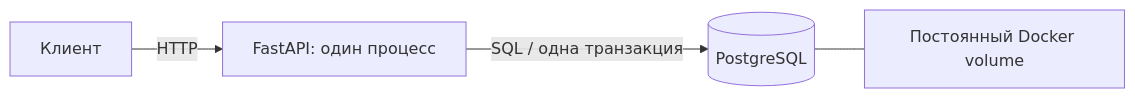
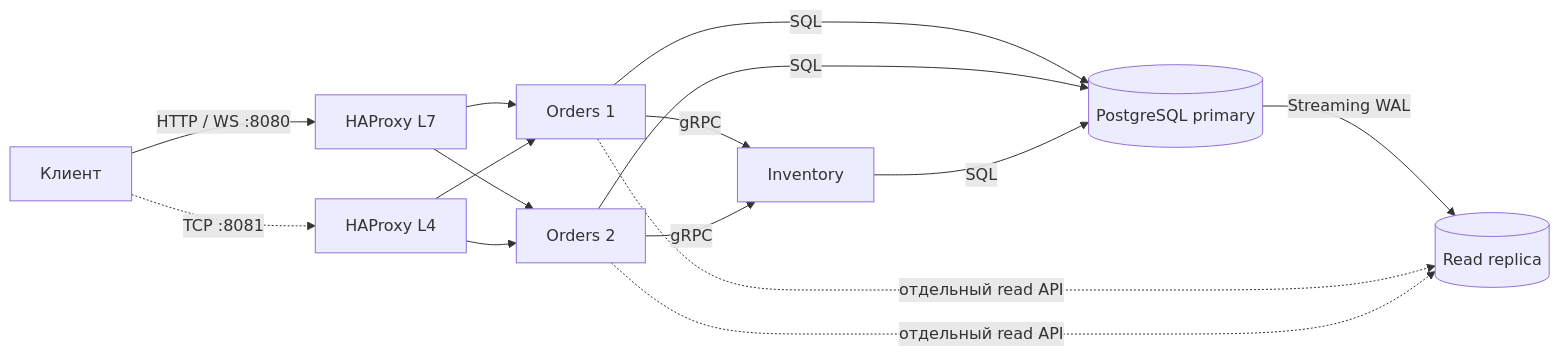
One commit to Lev294/delivery-lab changed the diagram in README.md. Above: the diagram before and after it, drawn with Mermaid. The commit also changed other lines of this file and 36 other files, not shown here.

````diff
--- a/README.md
+++ b/README.md
@@ -78,6 +50,17 @@
 ```mermaid
 flowchart LR
-  C[Клиент] -->|HTTP| A[FastAPI: один процесс]
-  A -->|SQL / одна транзакция| P[(PostgreSQL)]
-  P --- V[Постоянный Docker volume]
+ C[Клиент] -->|HTTP / WS :8080| L7[HAProxy L7]
+ C -. TCP :8081 .-> L4[HAProxy L4]
+ L7 --> A[Orders 1]
+ L7 --> B[Orders 2]
+ L4 --> A
+ L4 --> B
+ A -->|gRPC| I[Inventory]
+ B -->|gRPC| I
+ A -->|SQL| P[(PostgreSQL primary)]
+ B -->|SQL| P
+ I -->|SQL| P
+ P -->|Streaming WAL| R[(Read replica)]
+ A -. отдельный read API .-> R
+ B -. отдельный read API .-> R
 ```
````
